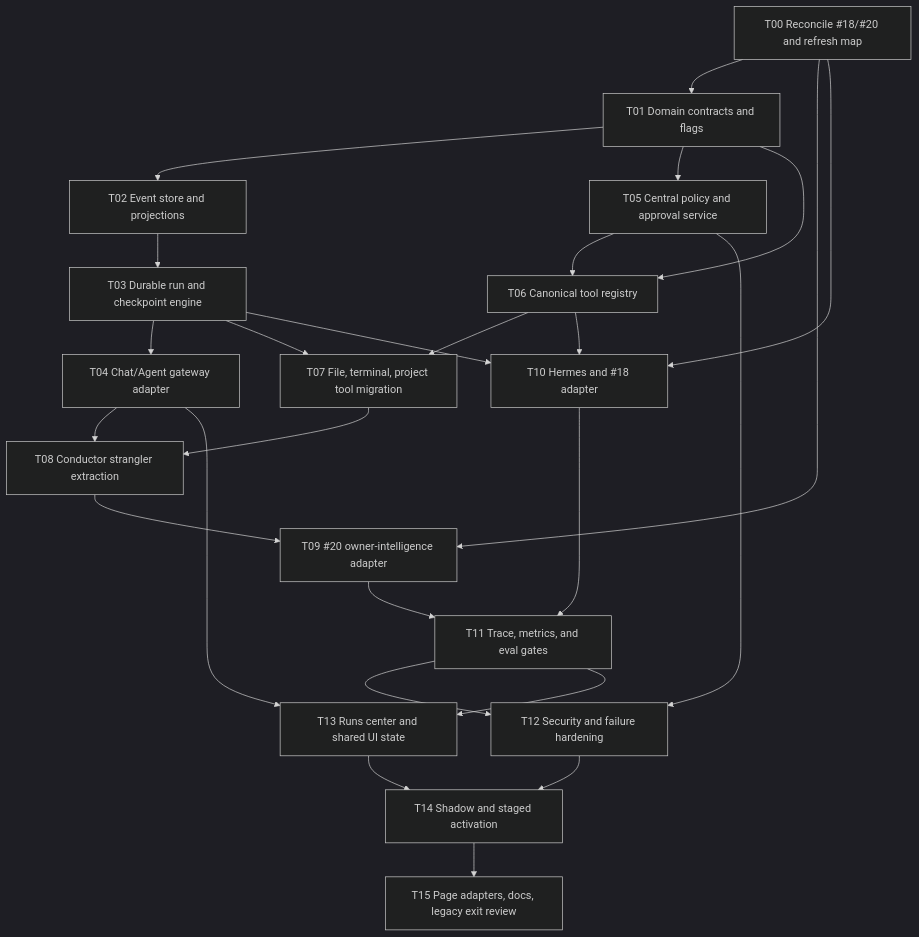
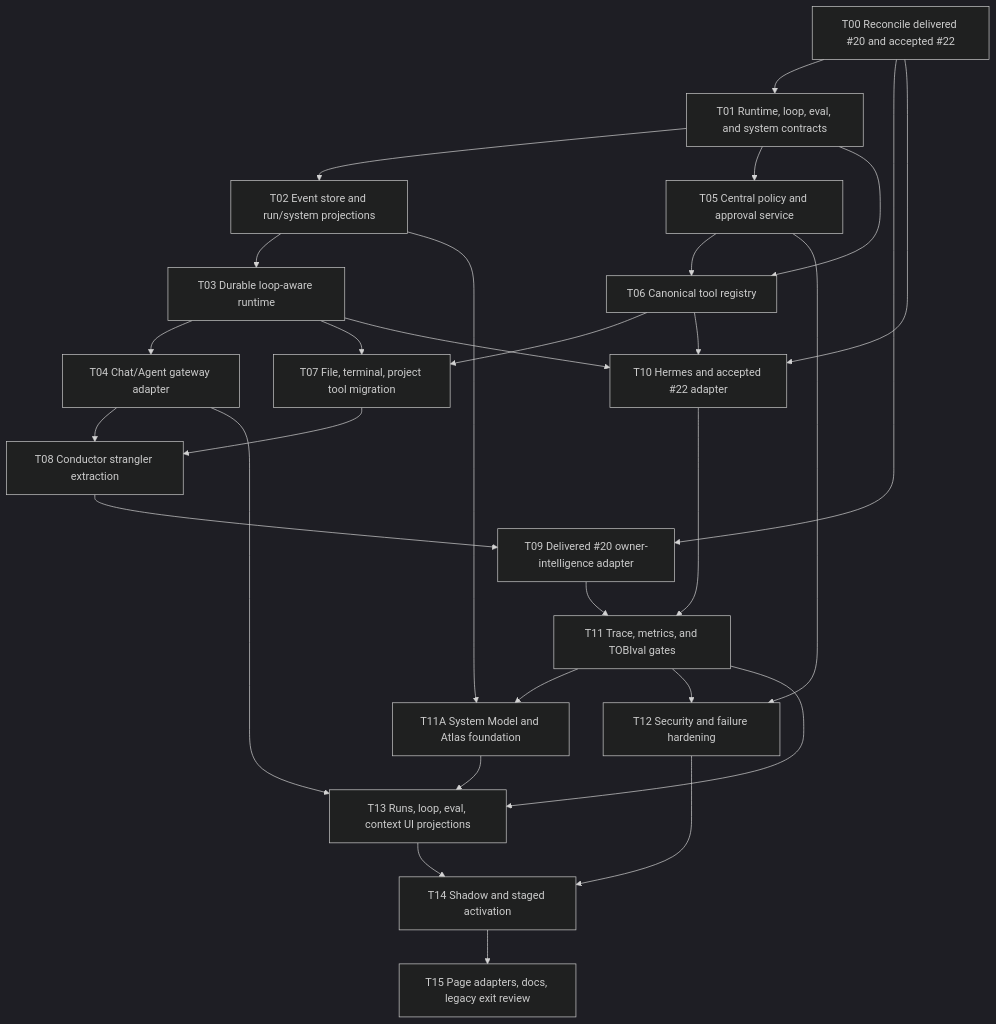
Before and after one commit to binhvu284/tobi: the fifth of 5 diagrams in docs/feature-idea-queue/MISSION_CONTROL_INFRASTRUCTURE_V2_PLAN.md, drawn with Mermaid (dark theme). The commit also changed other lines of this file, not shown here.

Commit message:
docs: update Mission Control V2 architecture plan

````diff
--- a/docs/feature-idea-queue/MISSION_CONTROL_INFRASTRUCTURE_V2_PLAN.md
+++ b/docs/feature-idea-queue/MISSION_CONTROL_INFRASTRUCTURE_V2_PLAN.md
@@ -713,28 +888,31 @@
 ```mermaid
 graph TD
-  T00["T00 Reconcile #18/#20 and refresh map"] --> T01["T01 Domain contracts and flags"]
-  T01 --> T02["T02 Event store and projections"]
-  T02 --> T03["T03 Durable run and checkpoint engine"]
+  T00["T00 Reconcile delivered #20 and accepted #22"] --> T01["T01 Runtime, loop, eval, and system contracts"]
+  T01 --> T02["T02 Event store and run/system projections"]
+  T02 --> T03["T03 Durable loop-aware runtime"]
   T03 --> T04["T04 Chat/Agent gateway adapter"]
   T01 --> T05["T05 Central policy and approval service"]
   T01 --> T06["T06 Canonical tool registry"]
   T05 --> T06
   T03 --> T07["T07 File, terminal, project tool migration"]
   T06 --> T07
   T04 --> T08["T08 Conductor strangler extraction"]
   T07 --> T08
-  T00 --> T09["T09 #20 owner-intelligence adapter"]
+  T00 --> T09["T09 Delivered #20 owner-intelligence adapter"]
   T08 --> T09
-  T00 --> T10["T10 Hermes and #18 adapter"]
+  T00 --> T10["T10 Hermes and accepted #22 adapter"]
   T03 --> T10
   T06 --> T10
-  T09 --> T11["T11 Trace, metrics, and eval gates"]
+  T09 --> T11["T11 Trace, metrics, and TOBIval gates"]
   T10 --> T11
+  T02 --> T11A["T11A System Model and Atlas foundation"]
+  T11 --> T11A
   T05 --> T12["T12 Security and failure hardening"]
   T11 --> T12
-  T04 --> T13["T13 Runs center and shared UI state"]
+  T04 --> T13["T13 Runs, loop, eval, context UI projections"]
   T11 --> T13
+  T11A --> T13
   T12 --> T14["T14 Shadow and staged activation"]
   T13 --> T14
   T14 --> T15["T15 Page adapters, docs, legacy exit review"]
 ```
````
